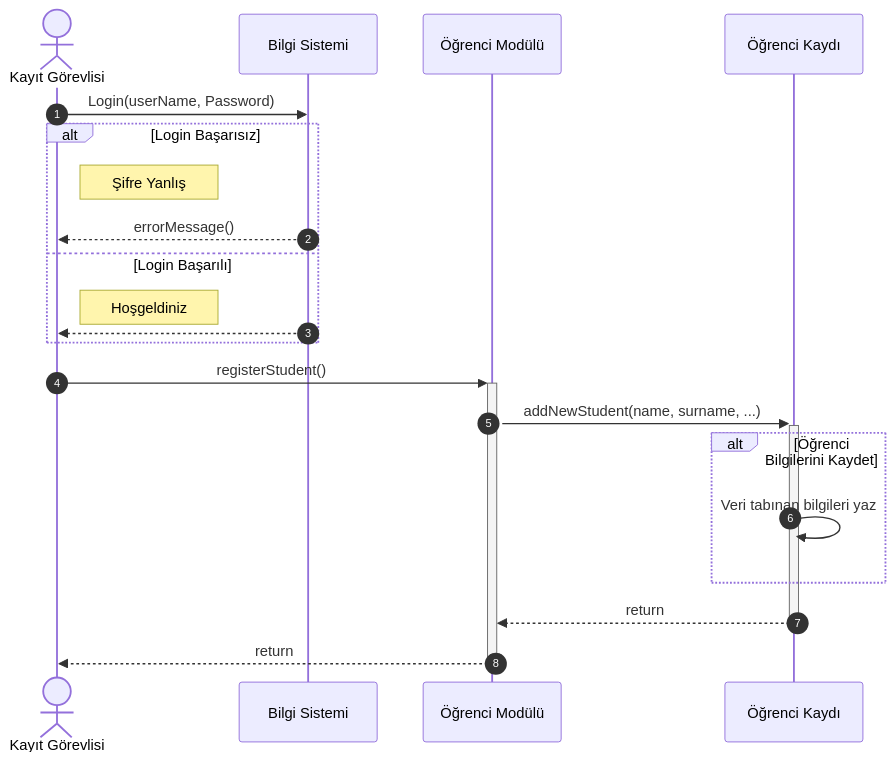
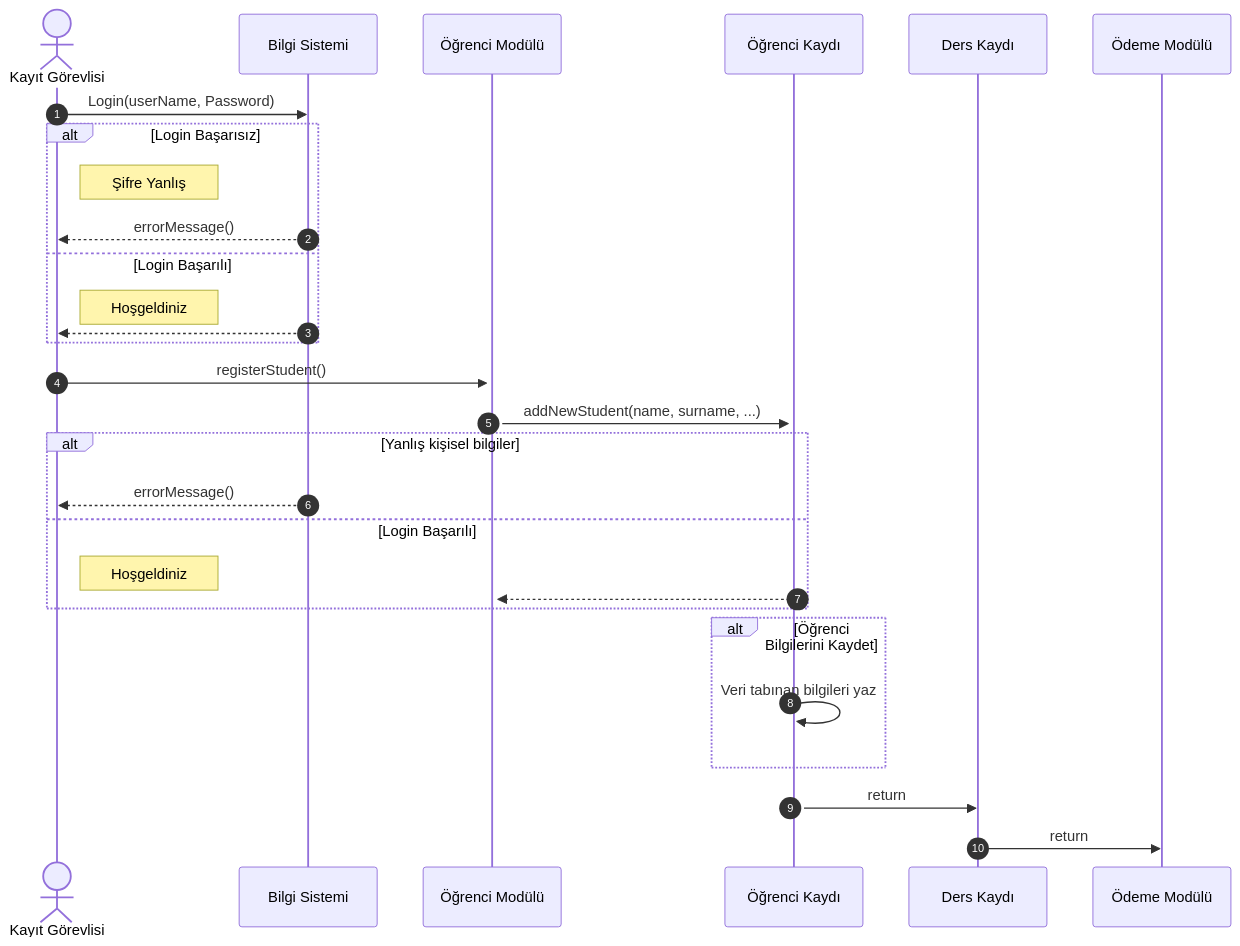
Before and after one commit to ondergormez/BLM3722_Software_Engineering: the diagram in 03-Project/02-SequenceDiagram/Student.md, drawn with Mermaid. The commit also changed 1 other file, not shown here.

Commit message:
New branch

````diff
--- a/03-Project/02-SequenceDiagram/Student.md
+++ b/03-Project/02-SequenceDiagram/Student.md
@@ -1,23 +1,34 @@
 ```mermaid
 sequenceDiagram
     autonumber
     actor Kayıt Görevlisi
     %%actor Bilgi Sistemi
     %%actor Öğrenci Modülü
 
     Kayıt Görevlisi->>Bilgi Sistemi: Login(userName, Password)
     alt Login Başarısız
         Note right of Kayıt Görevlisi: Şifre Yanlış
         Bilgi Sistemi-->>Kayıt Görevlisi: errorMessage()
     else Login Başarılı
         Note right of Kayıt Görevlisi: Hoşgeldiniz
         Bilgi Sistemi-->>Kayıt Görevlisi: 
     end
     Kayıt Görevlisi->>+Öğrenci Modülü: registerStudent()
     Öğrenci Modülü->>+Öğrenci Kaydı: addNewStudent(name, surname, ...)
+    alt Yanlış kişisel bilgiler
+         Bilgi Sistemi-->>Kayıt Görevlisi: errorMessage()
+      else Login Başarılı
+        Note right of Kayıt Görevlisi: Hoşgeldiniz
+        Öğrenci Kaydı-->>Öğrenci Modülü: 
+    end     
     alt Öğrenci Bilgilerini Kaydet
         Öğrenci Kaydı->>Öğrenci Kaydı: Veri tabınan bilgileri yaz
     end
-    Öğrenci Kaydı-->>-Öğrenci Modülü: return
-    Öğrenci Modülü-->>-Kayıt Görevlisi: return
+    %%Öğrenci Kaydı-->>-Öğrenci Modülü: return
+    %%Öğrenci Modülü-->>-Kayıt Görevlisi: return
+
+    Öğrenci Kaydı->>Ders Kaydı: return
+
+    Ders Kaydı->>Ödeme Modülü: return
+
 ```
````
